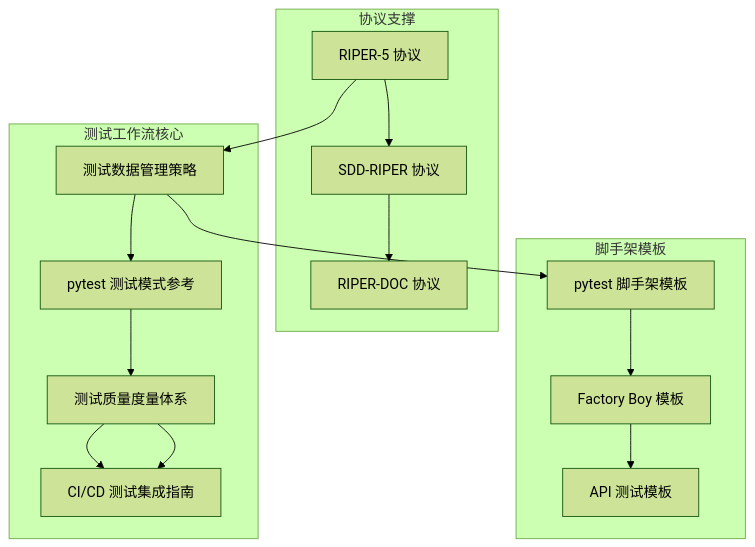
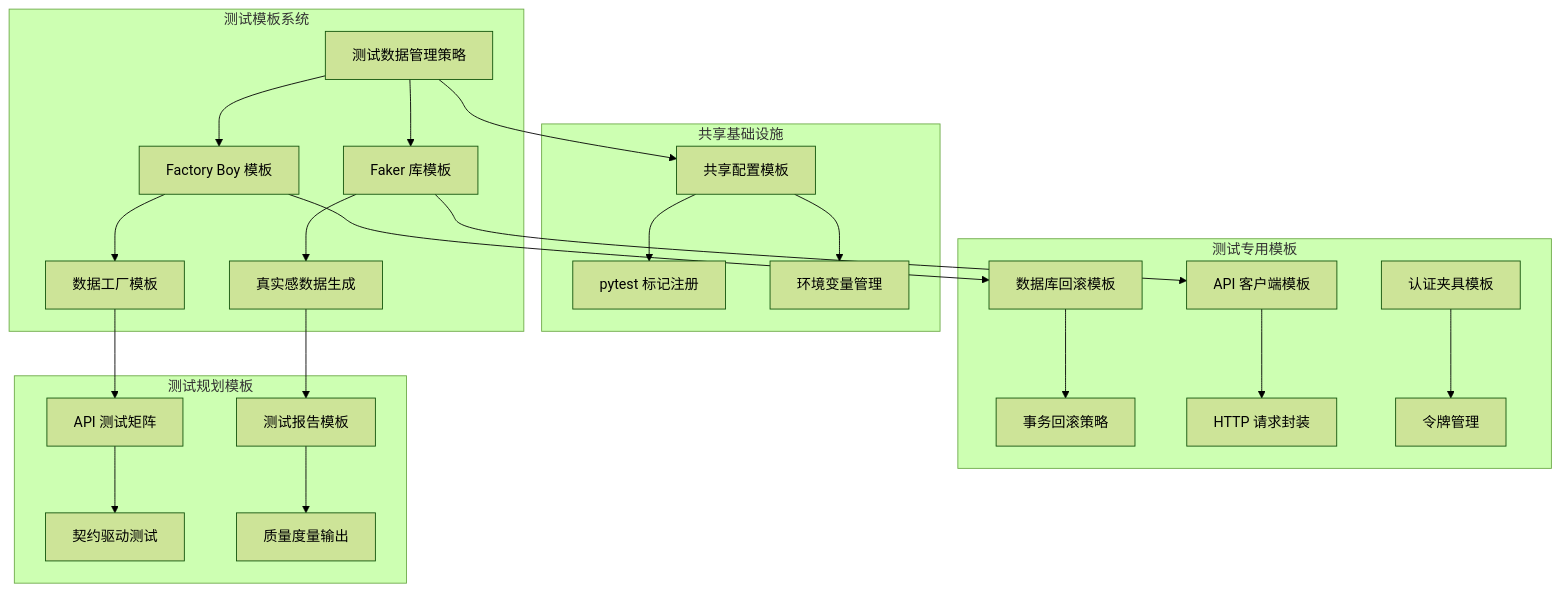
The first of 9 diagrams in .qoder/repowiki/zh/content/Altas Workflow Core/测试数据管理参考.md (AngelWings1997/altas), drawn with Mermaid (forest theme) before and after one commit. The commit also changed other lines of this file and 8 other files, not shown here.

````diff
--- a/.qoder/repowiki/zh/content/Altas Workflow Core/测试数据管理参考.md
+++ b/.qoder/repowiki/zh/content/Altas Workflow Core/测试数据管理参考.md
@@ -38,19 +56,27 @@
 ```mermaid
 graph TB
-subgraph "测试工作流核心"
-A[测试数据管理策略] --> B[pytest 测试模式参考]
-B --> C[测试质量度量体系]
-C --> D[CI/CD 测试集成指南]
+subgraph "测试模板系统"
+A[测试数据管理策略] --> B[Factory Boy 模板]
+A --> C[Faker 库模板]
+B --> D[数据工厂模板]
+C --> E[真实感数据生成]
 end
-subgraph "协议支撑"
-E[RIPER-5 协议] --> F[SDD-RIPER 协议]
-F --> G[RIPER-DOC 协议]
+subgraph "共享基础设施"
+F[共享配置模板] --> G[pytest 标记注册]
+F --> H[环境变量管理]
 end
-subgraph "脚手架模板"
-H[pytest 脚手架模板] --> I[Factory Boy 模板]
-I --> J[API 测试模板]
+subgraph "测试专用模板"
+I[数据库回滚模板] --> J[事务回滚策略]
+K[API 客户端模板] --> L[HTTP 请求封装]
+M[认证夹具模板] --> N[令牌管理]
 end
-A --> H
-C --> D
-E --> A
+subgraph "测试规划模板"
+O[API 测试矩阵] --> P[契约驱动测试]
+Q[测试报告模板] --> R[质量度量输出]
+end
+A --> F
+B --> I
+C --> K
+D --> O
+E --> Q
 ```
````
